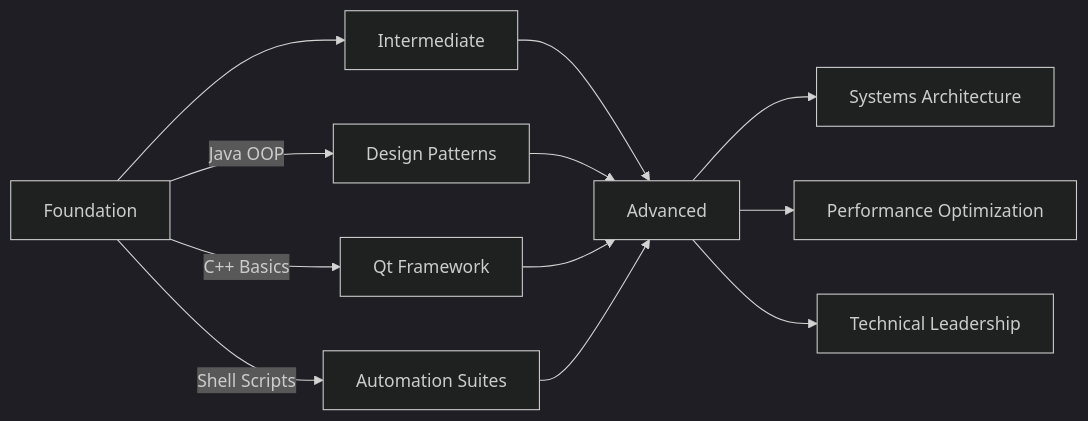
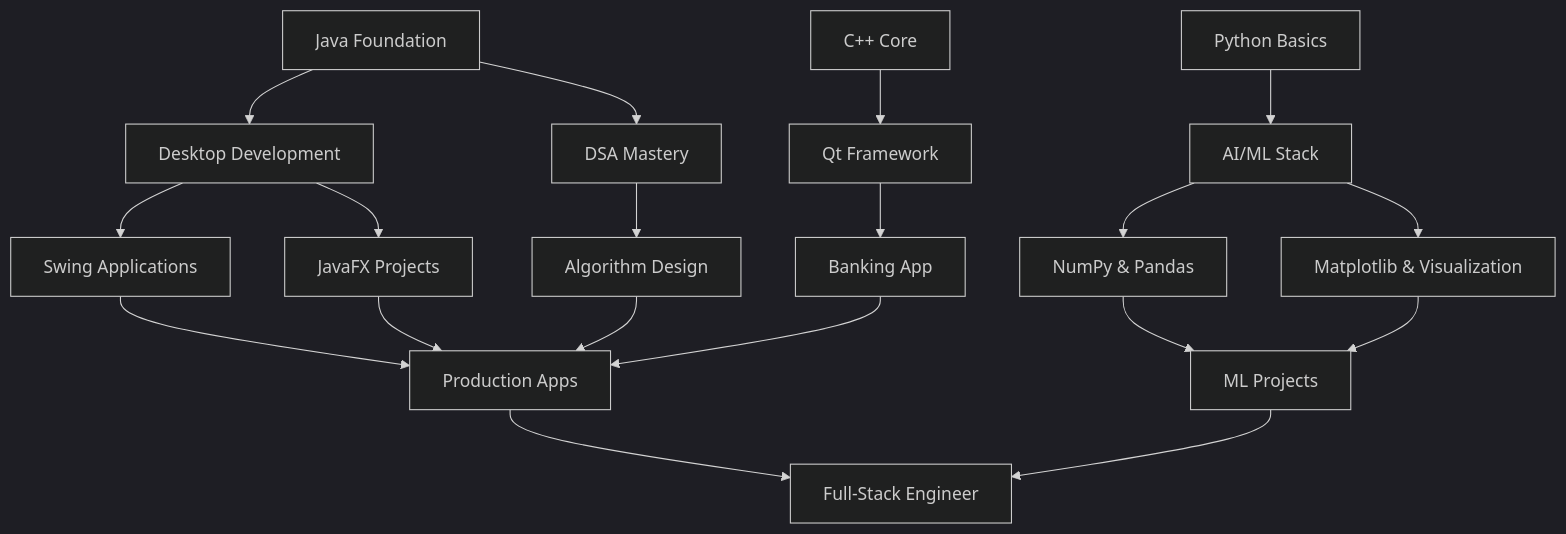
The diagram in README.md (Kas-sim/Muhammad-Qasim), drawn with Mermaid (dark theme) before and after one commit. The commit also changed other lines of this file, not shown here.

First line of the commit message:
optimized readme with java

````diff
--- a/README.md
+++ b/README.md
@@ -178,14 +227,25 @@
 ```mermaid
-graph LR
-    A[Foundation] --> B[Intermediate]
-    B --> C[Advanced]
-    A --> |Java OOP| D[Design Patterns]
-    A --> |C++ Basics| E[Qt Framework]
-    A --> |Shell Scripts| F[Automation Suites]
-    D --> C
-    E --> C
-    F --> C
-    C --> G[Systems Architecture]
-    C --> H[Performance Optimization]
-    C --> I[Technical Leadership]
+graph TD
+    A[Java Foundation] --> B[Desktop Development]
+    A --> C[DSA Mastery]
+    B --> D[Swing Applications]
+    B --> E[JavaFX Projects]
+    C --> F[Algorithm Design]
+    
+    G[C++ Core] --> H[Qt Framework]
+    H --> I[Banking App]
+    
+    J[Python Basics] --> K[AI/ML Stack]
+    K --> L[NumPy & Pandas]
+    K --> M[Matplotlib & Visualization]
+    
+    D --> N[Production Apps]
+    E --> N
+    I --> N
+    F --> N
+    L --> O[ML Projects]
+    M --> O
+    
+    N --> P[Full-Stack Engineer]
+    O --> P
 ```
````
